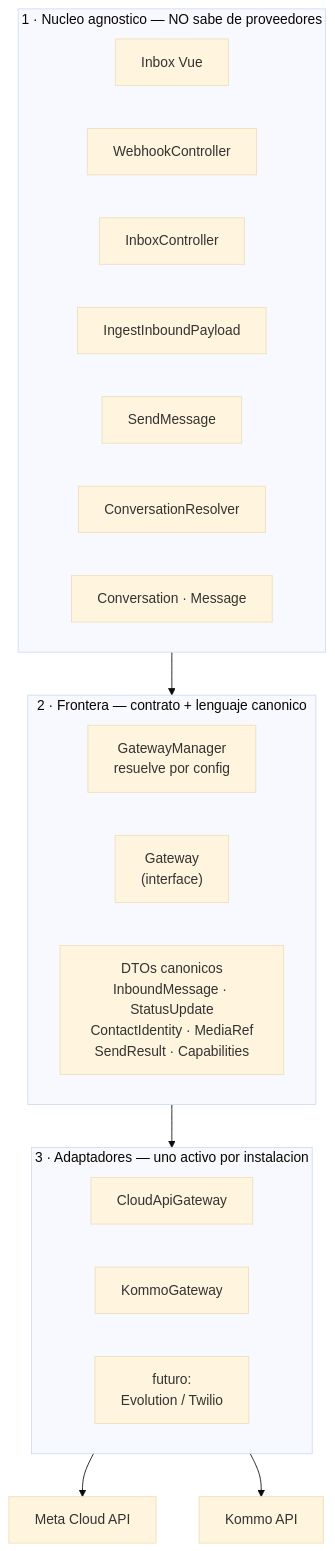
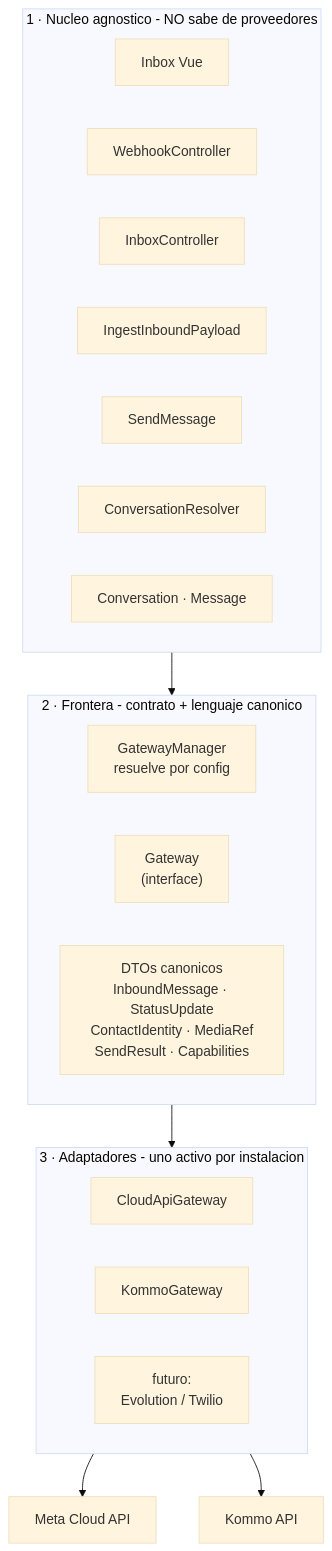
One commit to Jalx1000/fobo-crms changed the first of 6 diagrams in planning/arquitectura.md. Above: the diagram before and after it, drawn with Mermaid (base theme). The commit also changed other lines of this file and 347 other files, not shown here.

````diff
--- a/planning/arquitectura.md
+++ b/planning/arquitectura.md
@@ -51,32 +51,32 @@
 ```mermaid
 flowchart TB
-    subgraph Core["1 · Nucleo agnostico — NO sabe de proveedores"]
+    subgraph Core["1 · Nucleo agnostico - NO sabe de proveedores"]
       direction LR
       Front["Inbox Vue"]
       WH["WebhookController"]
       IC["InboxController"]
       IJ["IngestInboundPayload"]
       SJ["SendMessage"]
       RES["ConversationResolver"]
       MD["Conversation · Message"]
     end
 
-    subgraph Boundary["2 · Frontera — contrato + lenguaje canonico"]
+    subgraph Boundary["2 · Frontera - contrato + lenguaje canonico"]
       direction LR
       GM["GatewayManager<br/>resuelve por config"]
       GW["Gateway<br/>(interface)"]
       DTO["DTOs canonicos<br/>InboundMessage · StatusUpdate<br/>ContactIdentity · MediaRef<br/>SendResult · Capabilities"]
     end
 
-    subgraph Drivers["3 · Adaptadores — uno activo por instalacion"]
+    subgraph Drivers["3 · Adaptadores - uno activo por instalacion"]
       direction LR
       CA["CloudApiGateway"]
       KO["KommoGateway"]
       OT["futuro:<br/>Evolution / Twilio"]
     end
 
     Core --> Boundary
     Boundary --> Drivers
     CA --> Meta["Meta Cloud API"]
     KO --> Kommo["Kommo API"]
 ```
````
